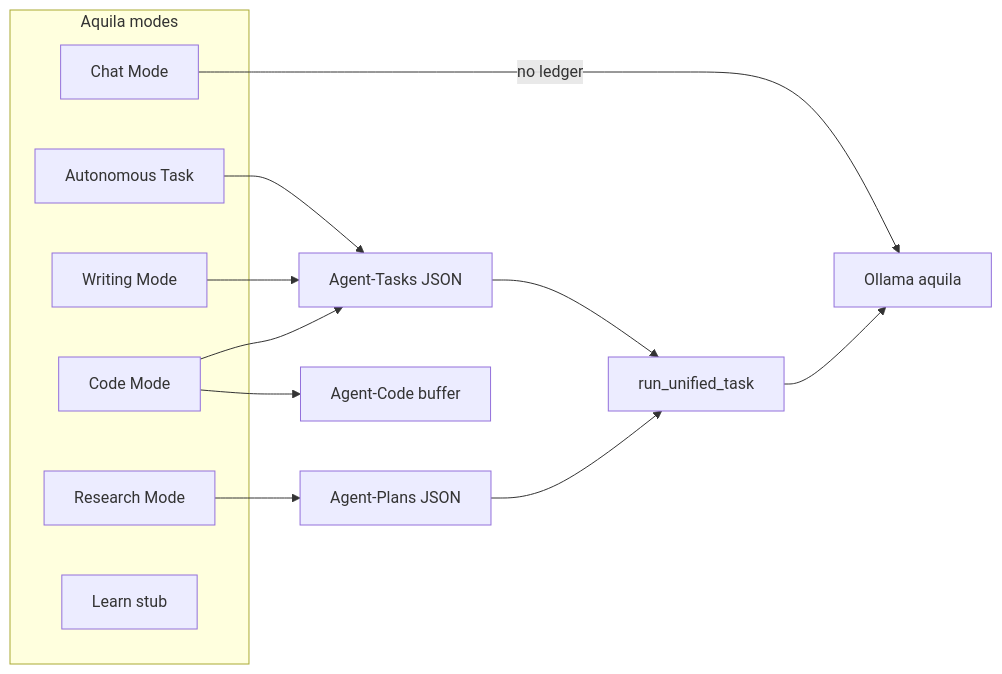
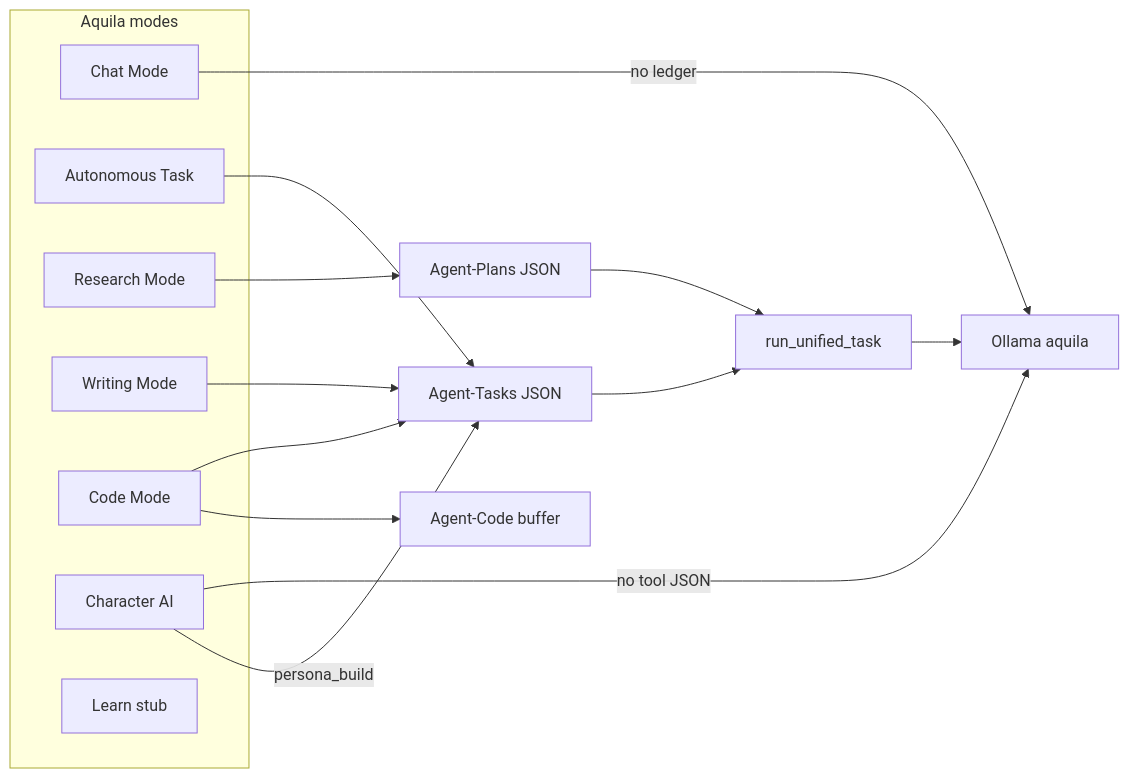
Before and after one commit to Xydra01/AquilaAI: the diagram in README.md, drawn with Mermaid. The commit also changed other lines of this file and 49 other files, not shown here.

````diff
--- a/README.md
+++ b/README.md
@@ -246,20 +266,23 @@
 ```mermaid
 flowchart LR
     subgraph modes [Aquila modes]
         Chat[Chat Mode]
         Task[Autonomous Task]
         Research[Research Mode]
         Writing[Writing Mode]
         Code[Code Mode]
+        Character[Character AI]
         Learn[Learn stub]
     end
     Chat -->|no ledger| Ollama[Ollama aquila]
+    Character -->|no tool JSON| Ollama
     Task --> LedgerTasks[Agent-Tasks JSON]
     Research --> LedgerPlans[Agent-Plans JSON]
     Writing --> LedgerTasks
     Code --> LedgerTasks
+    Character -->|persona_build| LedgerTasks
     Code --> CodeBuf[Agent-Code buffer]
     LedgerTasks --> Loop[run_unified_task]
     LedgerPlans --> Loop
     Loop --> Ollama
 ```
````
